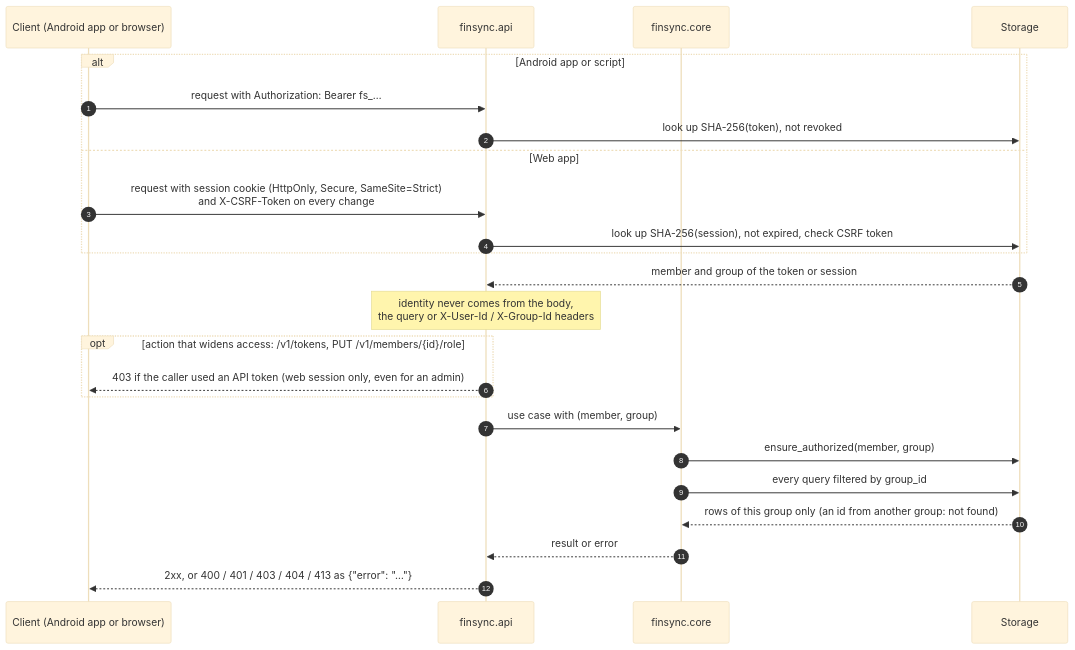
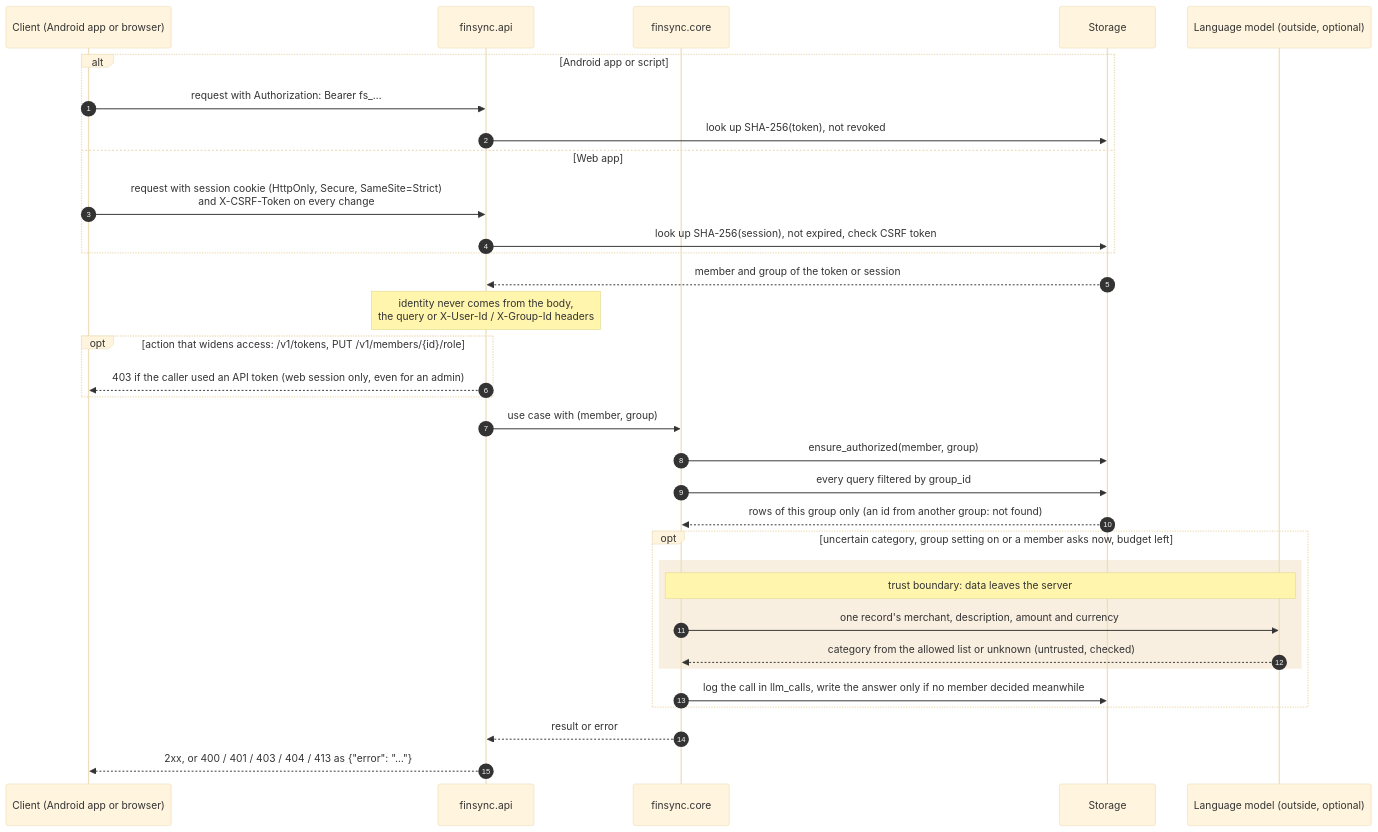
The seventh of 7 diagrams in docs/architecture/design-views.md (h270445/FinSync), drawn with Mermaid (base theme) before and after one commit. The commit also changed other lines of this file, not shown here.

First line of the commit message:
Design views in step with the category correction and the live LLM flow

````diff
--- a/docs/architecture/design-views.md
+++ b/docs/architecture/design-views.md
@@ -223,26 +282,35 @@
 ```mermaid
 sequenceDiagram
     autonumber
     participant C as Client (Android app or browser)
     participant A as finsync.api
     participant K as finsync.core
     participant D as Storage
+    participant M as Language model (outside, optional)
     alt Android app or script
         C->>A: request with Authorization: Bearer fs_…
         A->>D: look up SHA-256(token), not revoked
     else Web app
         C->>A: request with session cookie (HttpOnly, Secure, SameSite=Strict)<br/>and X-CSRF-Token on every change
         A->>D: look up SHA-256(session), not expired, check CSRF token
     end
     D-->>A: member and group of the token or session
     Note over A: identity never comes from the body,<br/>the query or X-User-Id / X-Group-Id headers
     opt action that widens access: /v1/tokens, PUT /v1/members/{id}/role
         A-->>C: 403 if the caller used an API token (web session only, even for an admin)
     end
     A->>K: use case with (member, group)
     K->>D: ensure_authorized(member, group)
     K->>D: every query filtered by group_id
     D-->>K: rows of this group only (an id from another group: not found)
+    opt uncertain category, group setting on or a member asks now, budget left
+        rect rgba(200, 120, 0, 0.12)
+            Note over K,M: trust boundary: data leaves the server
+            K->>M: one record's merchant, description, amount and currency
+            M-->>K: category from the allowed list or unknown (untrusted, checked)
+        end
+        K->>D: log the call in llm_calls, write the answer only if no member decided meanwhile
+    end
     K-->>A: result or error
     A-->>C: 2xx, or 400 / 401 / 403 / 404 / 413 as {"error": "…"}
 ```
````
